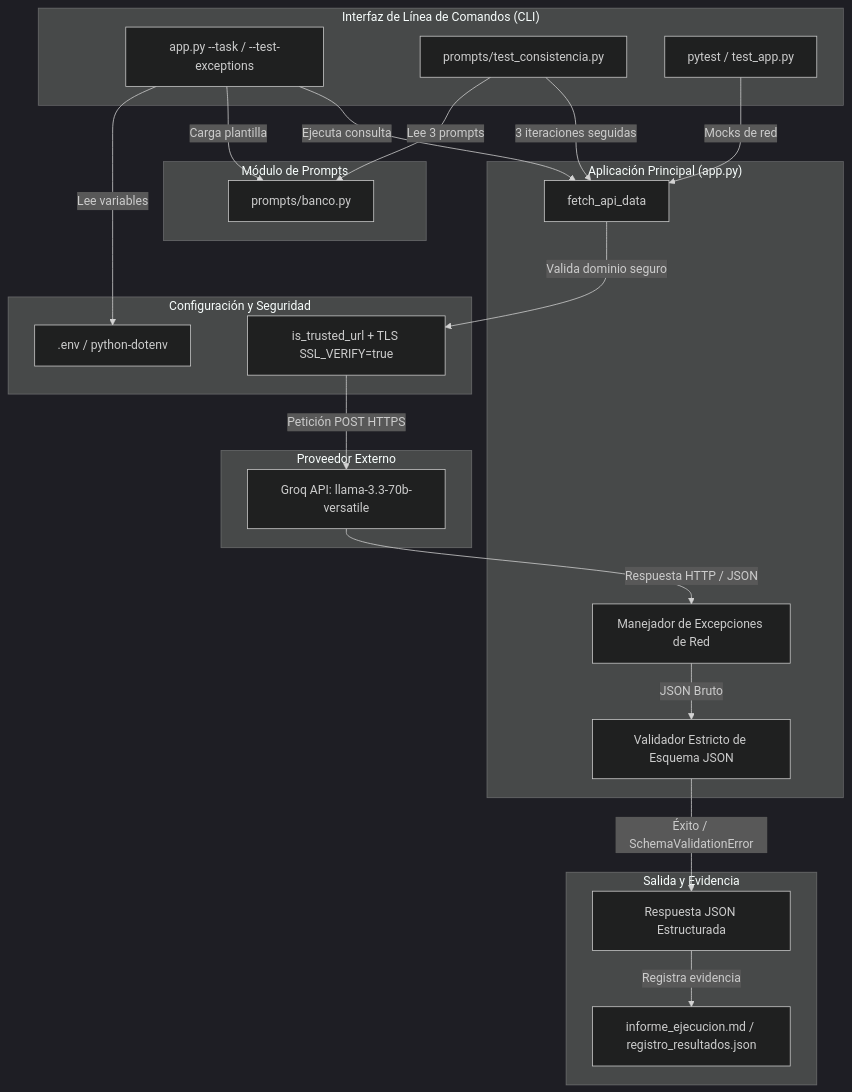
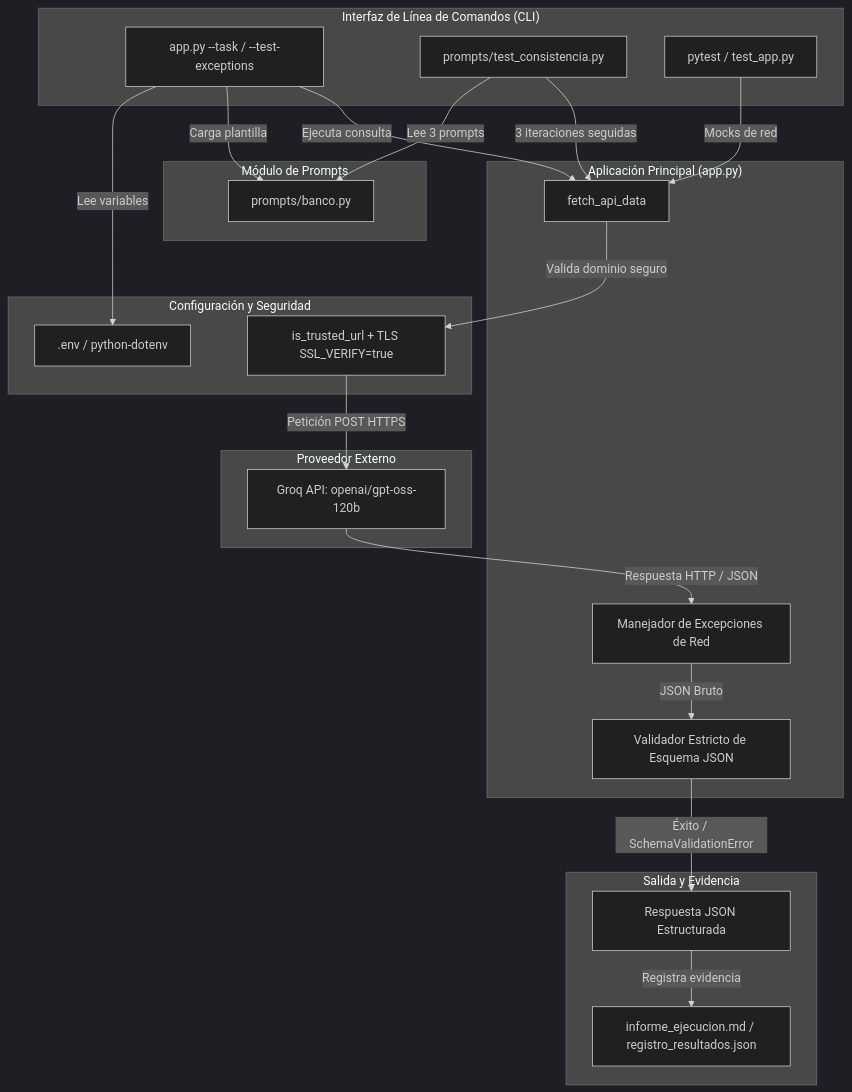
The first of 2 diagrams in README.md (cfpdiaz/practicas_de_git), drawn with Mermaid (dark theme) before and after one commit. The commit also changed other lines of this file, not shown here.

Commit message:
docs: corrige modelo gpt-oss-120b, agrega decision de modelo y documenta funciones de API

````diff
--- a/README.md
+++ b/README.md
@@ -99,49 +112,49 @@
 ```mermaid
 flowchart TD
     subgraph Entrada ["Interfaz de Línea de Comandos (CLI)"]
         CLI["app.py --task / --test-exceptions"]
         CONSISTENCY["prompts/test_consistencia.py"]
         TESTS["pytest / test_app.py"]
     end
 
     subgraph Config ["Configuración y Seguridad"]
         ENV[".env / python-dotenv"]
         SEC["is_trusted_url + TLS SSL_VERIFY=true"]
     end
 
     subgraph Prompts ["Módulo de Prompts"]
         BANK["prompts/banco.py"]
     end
 
     subgraph Core ["Aplicación Principal (app.py)"]
         FETCH["fetch_api_data"]
         EX_HAND["Manejador de Excepciones de Red"]
         SCHEMA["Validador Estricto de Esquema JSON"]
     end
 
     subgraph External ["Proveedor Externo"]
-        GROQ["Groq API: llama-3.3-70b-versatile"]
+        GROQ["Groq API: openai/gpt-oss-120b"]
     end
 
     subgraph Output ["Salida y Evidencia"]
         JSON_OUT["Respuesta JSON Estructurada"]
         REPORT["informe_ejecucion.md / registro_resultados.json"]
     end
 
     CLI -->|Lee variables| ENV
     CLI -->|Carga plantilla| BANK
     CONSISTENCY -->|Lee 3 prompts| BANK
     TESTS -->|Mocks de red| FETCH
 
     CLI -->|Ejecuta consulta| FETCH
     CONSISTENCY -->|3 iteraciones seguidas| FETCH
 
     FETCH -->|Valida dominio seguro| SEC
     SEC -->|Petición POST HTTPS| GROQ
 
     GROQ -->|Respuesta HTTP / JSON| EX_HAND
     EX_HAND -->|JSON Bruto| SCHEMA
 
     SCHEMA -->|Éxito / SchemaValidationError| JSON_OUT
     JSON_OUT -->|Registra evidencia| REPORT
 ```
````
